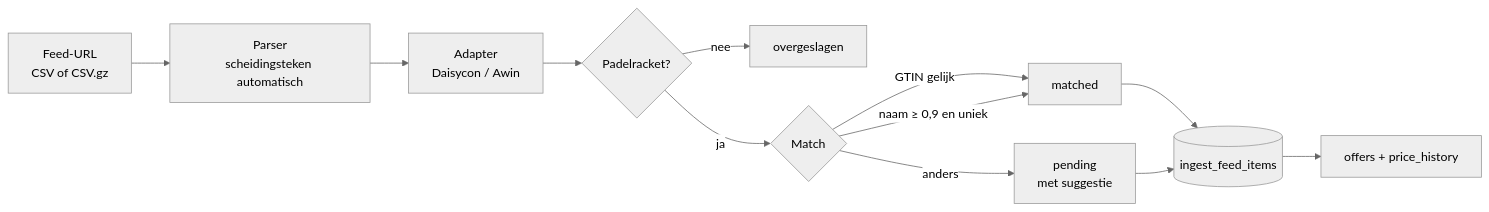
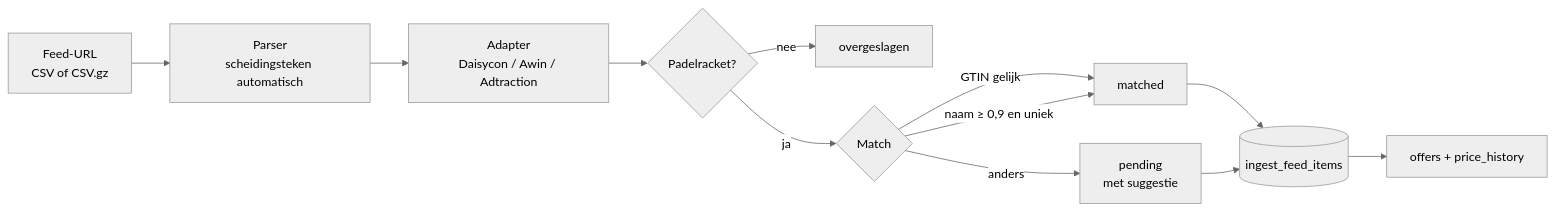
Before and after one commit to KylanG/racketpicker: the diagram in docs/feeds.md, drawn with Mermaid (neutral theme). The commit also changed other lines of this file and 9 other files, not shown here.

````diff
--- a/docs/feeds.md
+++ b/docs/feeds.md
@@ -5,14 +5,14 @@
 ```mermaid
 flowchart LR
   A[Feed-URL<br/>CSV of CSV.gz] --> B[Parser<br/>scheidingsteken automatisch]
-  B --> C[Adapter<br/>Daisycon / Awin]
+  B --> C[Adapter<br/>Daisycon / Awin / Adtraction]
   C --> D{Padelracket?}
   D -- nee --> X[overgeslagen]
   D -- ja --> E{Match}
   E -- GTIN gelijk --> M[matched]
   E -- naam ≥ 0,9 en uniek --> M
   E -- anders --> P[pending<br/>met suggestie]
   M --> F[(ingest_feed_items)]
   P --> F
   F --> O[offers + price_history]
 ```
````
